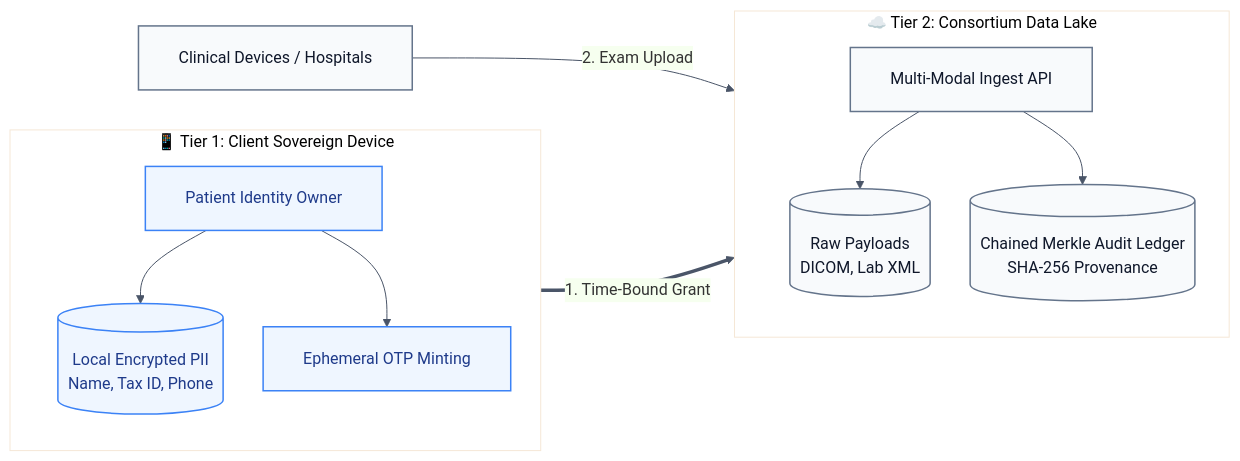
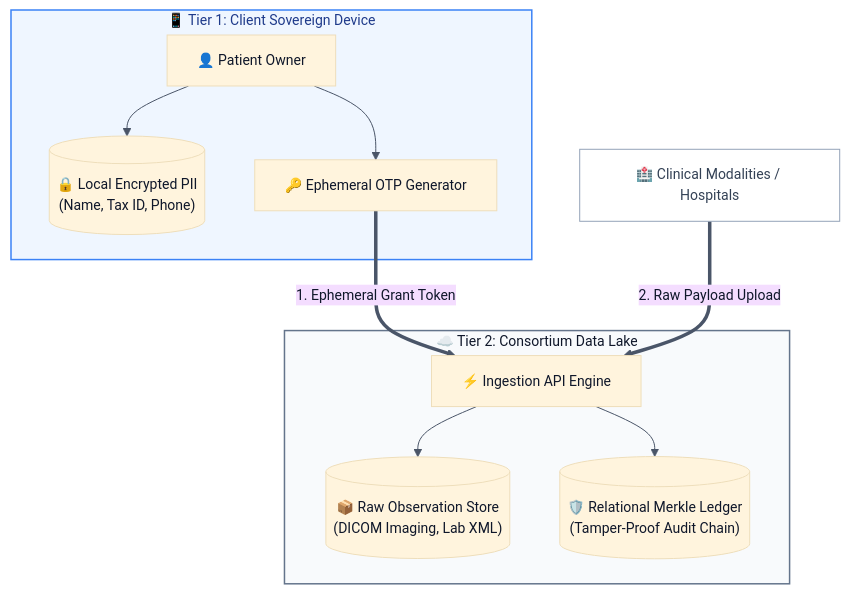
Before and after one commit to datalife-ehealth/.github: the first of 2 diagrams in profile/README.md, drawn with Mermaid. The commit also changed other lines of this file, not shown here.

Commit message:
docs: compact architecture diagrams so labels stay readable

````diff
--- a/profile/README.md
+++ b/profile/README.md
@@ -43,23 +43,29 @@
 ```mermaid
-%%{init: {'theme': 'base', 'themeVariables': { 'primaryColor': '#EFF6FF', 'edgeColor': '#4A5568', 'lineColor': '#4A5568', 'fontFamily': 'ui-sans-serif, system-ui, sans-serif' }, 'flowchart': {'padding': 20, 'nodeSpacing': 40, 'rankSpacing': 48, 'htmlLabels': true, 'wrappingWidth': 220}}}%%
-flowchart LR
-    subgraph ClientTier["📱 Tier 1: Client Sovereign Device"]
-        direction TB
-        P[Patient Identity Owner] --> PII[(Local Encrypted PII<br/>Name, Tax ID, Phone)]
-        P --> OTPGen[Ephemeral OTP Minting]
+%%{init: {'theme': 'base', 'themeVariables': { 'fontSize': '14px', 'primaryTextColor': '#0F172A', 'lineColor': '#4A5568', 'edgeColor': '#4A5568'}}}%%
+flowchart TB
+    subgraph Client["📱 Tier 1: Client Sovereign Device"]
+        P["👤 Patient Owner"]
+        Vault[("🔒 Local Encrypted PII<br/>(Name, Tax ID, Phone)")]
+        OTPGen["🔑 Ephemeral OTP Generator"]
+        P --> Vault
+        P --> OTPGen
     end
 
-    subgraph DataLakeTier["☁️ Tier 2: Consortium Data Lake"]
-        direction TB
-        IngestEngine[Multi-Modal Ingest API] --> ObjectStore[(Raw Payloads<br/>DICOM, Lab XML)]
-        IngestEngine --> Ledger[(Chained Merkle Audit Ledger<br/>SHA-256 Provenance)]
+    subgraph Cloud["☁️ Tier 2: Consortium Data Lake"]
+        Ingest["⚡ Ingestion API Engine"]
+        Lake[("📦 Raw Observation Store<br/>(DICOM Imaging, Lab XML)")]
+        Ledger[("🛡️ Relational Merkle Ledger<br/>(Tamper-Proof Audit Chain)")]
+        Ingest --> Lake
+        Ingest --> Ledger
     end
 
-    OTPGen ==>|"1. Time-Bound Grant"| IngestEngine
-    Device[Clinical Devices / Hospitals] -->|"2. Exam Upload"| IngestEngine
+    OTPGen ==>|"1. Ephemeral Grant Token"| Ingest
+    Hospital["🏥 Clinical Modalities / Hospitals"] ==>|"2. Raw Payload Upload"| Ingest
 
-    classDef client fill:#EFF6FF,stroke:#3B82F6,stroke-width:1.5px,color:#1E3A8A;
-    classDef cloud fill:#F8FAFC,stroke:#64748B,stroke-width:1.5px,color:#0F172A;
-    class P,PII,OTPGen client;
-    class IngestEngine,ObjectStore,Ledger,Device cloud;
+    classDef c1 fill:#EFF6FF,stroke:#3B82F6,stroke-width:1.5px,color:#1E3A8A;
+    classDef c2 fill:#F8FAFC,stroke:#64748B,stroke-width:1.5px,color:#0F172A;
+    classDef ext fill:#FFFFFF,stroke:#94A3B8,stroke-width:1px,color:#334155;
+    class Client c1;
+    class Cloud c2;
+    class Hospital ext;
 ```
````
